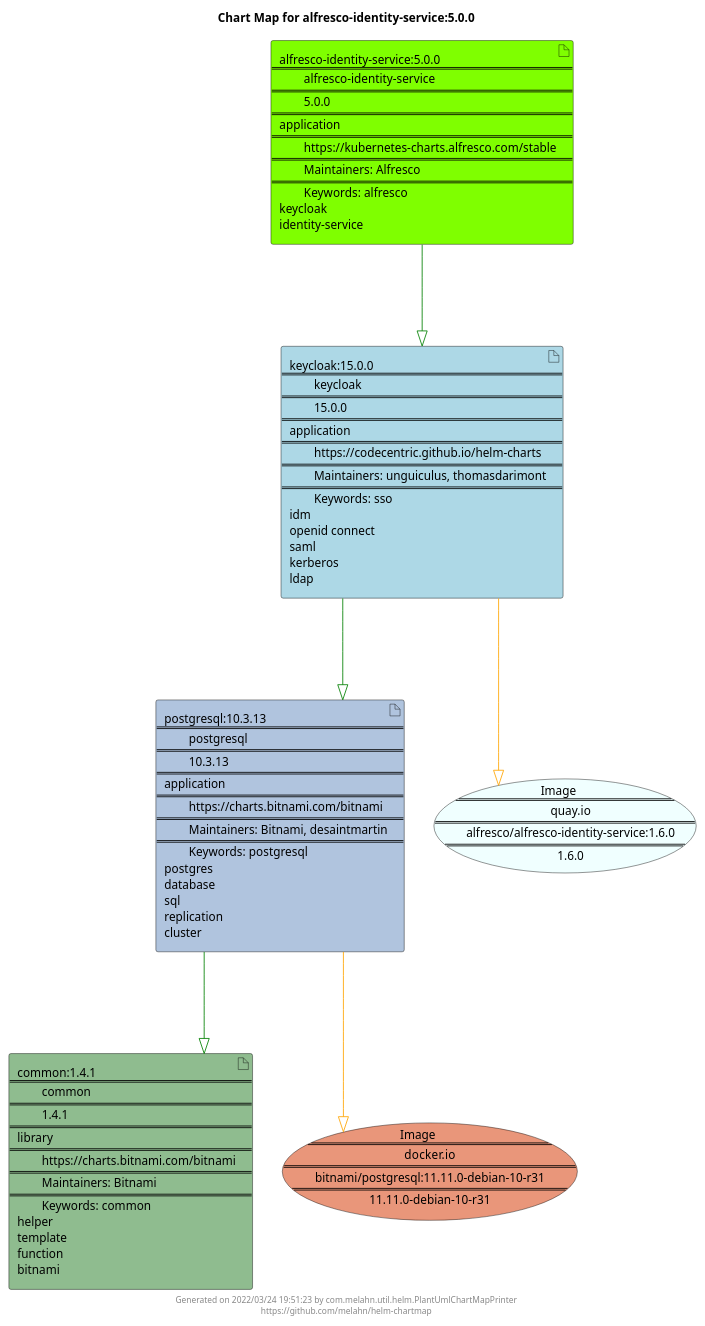
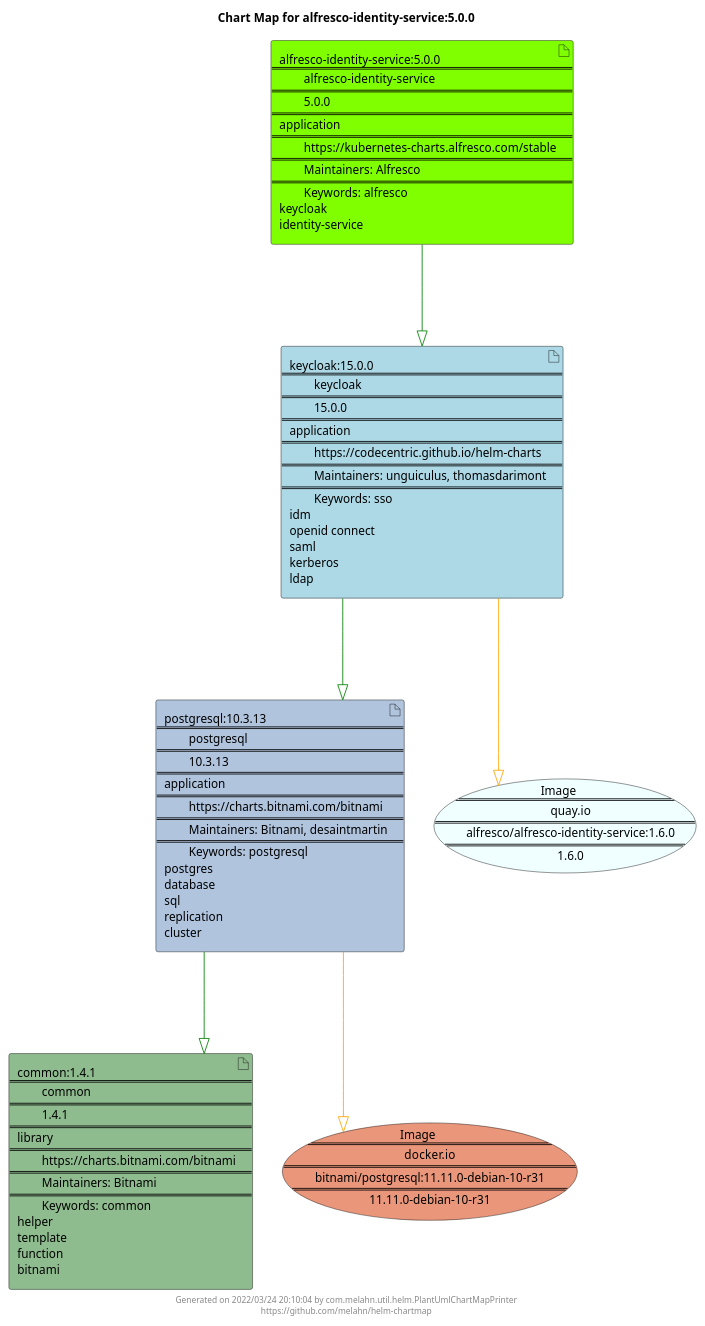
One commit to melahn/helm-chartmap changed the diagram in docs/alfresco-identity-service/alfresco-identity-service-5.0.0.puml. Above: the diagram before and after it, drawn with PlantUML. The commit also changed 51 other files, not shown here.

Commit message:
Update Example Chart Maps as part of GitHub build

```diff
--- a/docs/alfresco-identity-service/alfresco-identity-service-5.0.0.puml
+++ b/docs/alfresco-identity-service/alfresco-identity-service-5.0.0.puml
@@ -1,29 +1,29 @@
 @startuml
 skinparam linetype ortho
 skinparam backgroundColor white
 skinparam usecaseBorderColor black
 skinparam usecaseArrowColor LightSlateGray
 skinparam artifactBorderColor black
 skinparam artifactArrowColor LightSlateGray
 
 title Chart Map for alfresco-identity-service:5.0.0
 
 'There are 4 referenced Helm Charts
 artifact "common:1.4.1\n====\n\tcommon\n====\n\t1.4.1\n====\nlibrary\n====\n\thttps://charts.bitnami.com/bitnami\n====\n\tMaintainers: Bitnami\n====\n\tKeywords: common\nhelper\ntemplate\nfunction\nbitnami" as common_1_4_1 #DarkSeaGreen
 artifact "alfresco-identity-service:5.0.0\n====\n\talfresco-identity-service\n====\n\t5.0.0\n====\napplication\n====\n\thttps://kubernetes-charts.alfresco.com/stable\n====\n\tMaintainers: Alfresco\n====\n\tKeywords: alfresco\nkeycloak\nidentity-service" as alfresco_identity_service_5_0_0 #Chartreuse
 artifact "postgresql:10.3.13\n====\n\tpostgresql\n====\n\t10.3.13\n====\napplication\n====\n\thttps://charts.bitnami.com/bitnami\n====\n\tMaintainers: Bitnami, desaintmartin\n====\n\tKeywords: postgresql\npostgres\ndatabase\nsql\nreplication\ncluster" as postgresql_10_3_13 #LightSteelBlue
 artifact "keycloak:15.0.0\n====\n\tkeycloak\n====\n\t15.0.0\n====\napplication\n====\n\thttps://codecentric.github.io/helm-charts\n====\n\tMaintainers: unguiculus, thomasdarimont\n====\n\tKeywords: sso\nidm\nopenid connect\nsaml\nkerberos\nldap" as keycloak_15_0_0 #LightBlue
 
 'There are 2 referenced Docker Images
 usecase "Image\n====\n\tquay.io\n====\n\talfresco/alfresco-identity-service:1.6.0\n====\n\t1.6.0" as quay_io_alfresco_alfresco_identity_service_1_6_0 #Azure
 usecase "Image\n====\n\tdocker.io\n====\n\tbitnami/postgresql:11.11.0-debian-10-r31\n====\n\t11.11.0-debian-10-r31" as docker_io_bitnami_postgresql_11_11_0_debian_10_r31 #DarkSalmon
 
 'Chart Dependencies
 alfresco_identity_service_5_0_0--[#green]-|>keycloak_15_0_0
 keycloak_15_0_0--[#green]-|>postgresql_10_3_13
 postgresql_10_3_13--[#green]-|>common_1_4_1
 postgresql_10_3_13--[#orange]-|>docker_io_bitnami_postgresql_11_11_0_debian_10_r31
 keycloak_15_0_0--[#orange]-|>quay_io_alfresco_alfresco_identity_service_1_6_0
 
-center footer Generated on 2022/03/24 19:51:23 by com.melahn.util.helm.PlantUmlChartMapPrinter\nhttps://github.com/melahn/helm-chartmap
+center footer Generated on 2022/03/24 20:10:04 by com.melahn.util.helm.PlantUmlChartMapPrinter\nhttps://github.com/melahn/helm-chartmap
 @enduml
```
